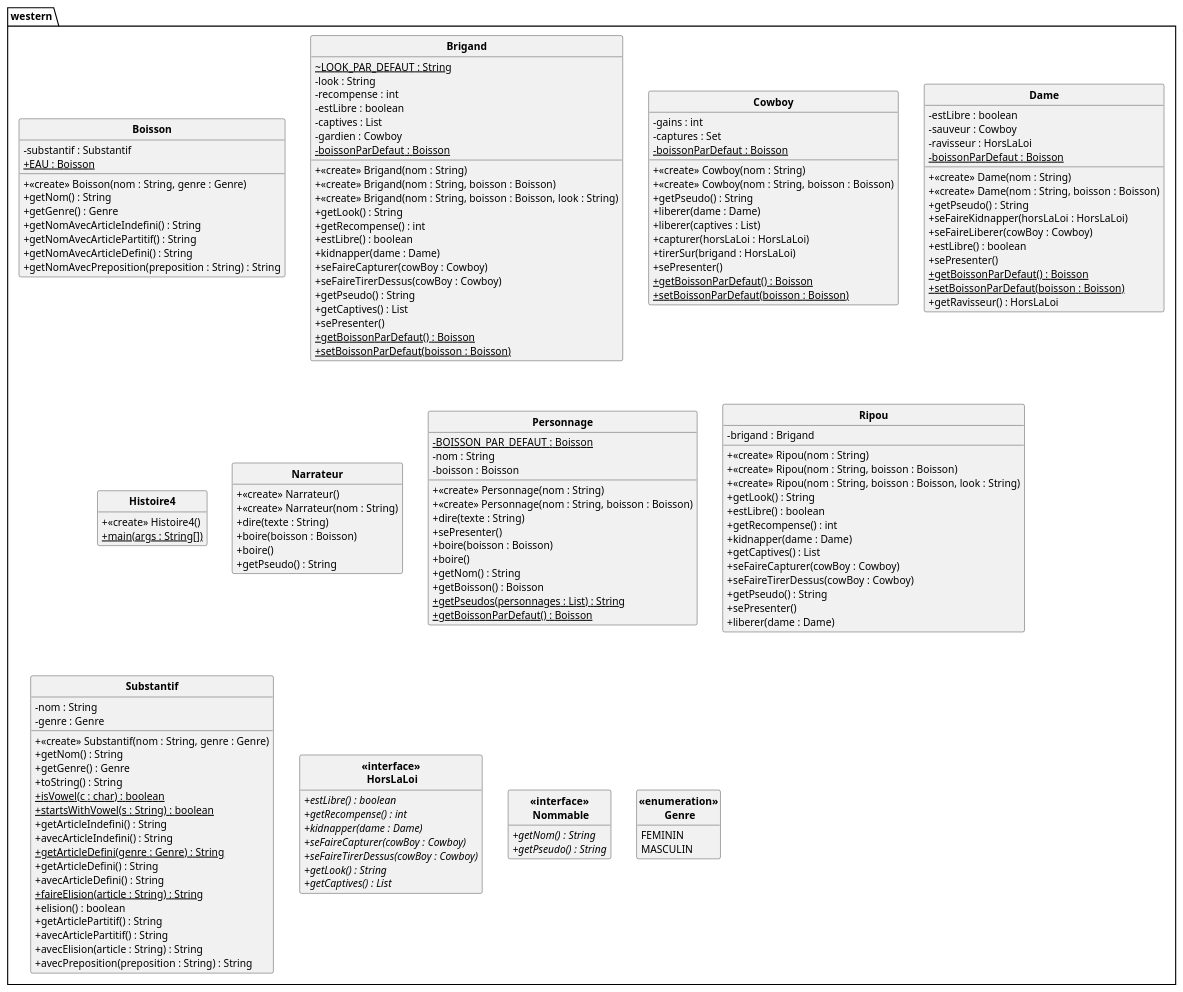
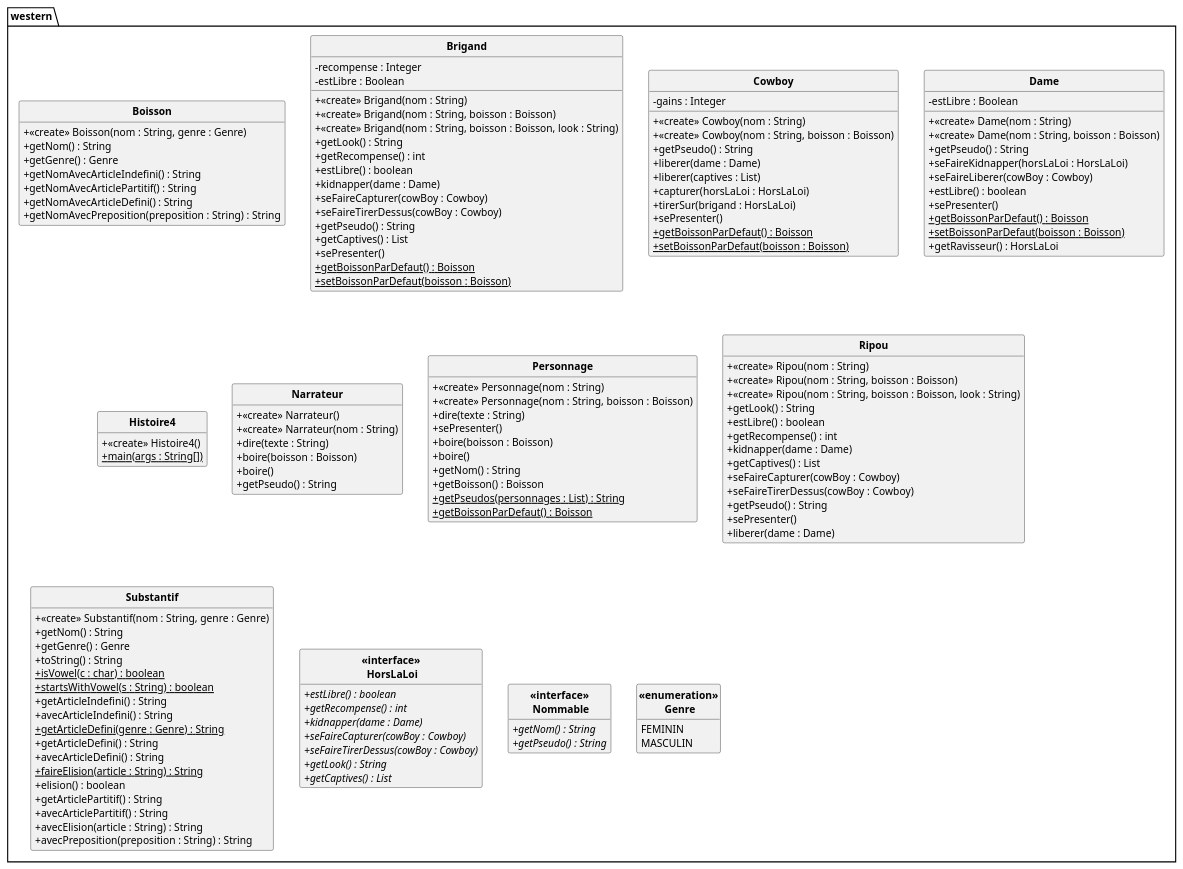
Before and after one commit to Lykomonix/API-JAVAtoPUML: the diagram in javadoc.puml, drawn with PlantUML. The commit also changed 5 other files, not shown here.

Commit message:
[+] Ajout des noms UML pour int et boolean

```diff
--- a/javadoc.puml
+++ b/javadoc.puml
@@ -1,183 +1,165 @@
 @startuml
 
 skinparam style strictuml
 skinparam classAttributeIconSize 0
 skinparam classFontStyle Bold
 hide empty members
 
 Package "western" {
 class Boisson
 {
-- substantif : Substantif
-+ {static} EAU : Boisson
 + <<create>> Boisson(nom : String, genre : Genre) 
 + getNom() : String
 + getGenre() : Genre
 + getNomAvecArticleIndefini() : String
 + getNomAvecArticlePartitif() : String
 + getNomAvecArticleDefini() : String
 + getNomAvecPreposition(preposition : String) : String
 }
 
 class Brigand
 {
-~ {static} LOOK_PAR_DEFAUT : String
-- look : String
-- recompense : int
-- estLibre : boolean
-- captives : List
-- gardien : Cowboy
-- {static} boissonParDefaut : Boisson
+- recompense : Integer
+- estLibre : Boolean
 + <<create>> Brigand(nom : String) 
 + <<create>> Brigand(nom : String, boisson : Boisson) 
 + <<create>> Brigand(nom : String, boisson : Boisson, look : String) 
 + getLook() : String
 + getRecompense() : int
 + estLibre() : boolean
 + kidnapper(dame : Dame) 
 + seFaireCapturer(cowBoy : Cowboy) 
 + seFaireTirerDessus(cowBoy : Cowboy) 
 + getPseudo() : String
 + getCaptives() : List
 + sePresenter() 
 + {static} getBoissonParDefaut() : Boisson
 + {static} setBoissonParDefaut(boisson : Boisson) 
 }
 
 class Cowboy
 {
-- gains : int
-- captures : Set
-- {static} boissonParDefaut : Boisson
+- gains : Integer
 + <<create>> Cowboy(nom : String) 
 + <<create>> Cowboy(nom : String, boisson : Boisson) 
 + getPseudo() : String
 + liberer(dame : Dame) 
 + liberer(captives : List) 
 + capturer(horsLaLoi : HorsLaLoi) 
 + tirerSur(brigand : HorsLaLoi) 
 + sePresenter() 
 + {static} getBoissonParDefaut() : Boisson
 + {static} setBoissonParDefaut(boisson : Boisson) 
 }
 
 class Dame
 {
-- estLibre : boolean
-- sauveur : Cowboy
-- ravisseur : HorsLaLoi
-- {static} boissonParDefaut : Boisson
+- estLibre : Boolean
 + <<create>> Dame(nom : String) 
 + <<create>> Dame(nom : String, boisson : Boisson) 
 + getPseudo() : String
 + seFaireKidnapper(horsLaLoi : HorsLaLoi) 
 + seFaireLiberer(cowBoy : Cowboy) 
 + estLibre() : boolean
 + sePresenter() 
 + {static} getBoissonParDefaut() : Boisson
 + {static} setBoissonParDefaut(boisson : Boisson) 
 + getRavisseur() : HorsLaLoi
 }
 
 class Histoire4
 {
 + <<create>> Histoire4() 
 + {static} main(args : String[]) 
 }
 
 class Narrateur
 {
 + <<create>> Narrateur() 
 + <<create>> Narrateur(nom : String) 
 + dire(texte : String) 
 + boire(boisson : Boisson) 
 + boire() 
 + getPseudo() : String
 }
 
 class Personnage
 {
-- {static} BOISSON_PAR_DEFAUT : Boisson
-- nom : String
-- boisson : Boisson
 + <<create>> Personnage(nom : String) 
 + <<create>> Personnage(nom : String, boisson : Boisson) 
 + dire(texte : String) 
 + sePresenter() 
 + boire(boisson : Boisson) 
 + boire() 
 + getNom() : String
 + getBoisson() : Boisson
 + {static} getPseudos(personnages : List) : String
 + {static} getBoissonParDefaut() : Boisson
 }
 
 class Ripou
 {
-- brigand : Brigand
 + <<create>> Ripou(nom : String) 
 + <<create>> Ripou(nom : String, boisson : Boisson) 
 + <<create>> Ripou(nom : String, boisson : Boisson, look : String) 
 + getLook() : String
 + estLibre() : boolean
 + getRecompense() : int
 + kidnapper(dame : Dame) 
 + getCaptives() : List
 + seFaireCapturer(cowBoy : Cowboy) 
 + seFaireTirerDessus(cowBoy : Cowboy) 
 + getPseudo() : String
 + sePresenter() 
 + liberer(dame : Dame) 
 }
 
 class Substantif
 {
-- nom : String
-- genre : Genre
 + <<create>> Substantif(nom : String, genre : Genre) 
 + getNom() : String
 + getGenre() : Genre
 + toString() : String
 + {static} isVowel(c : char) : boolean
 + {static} startsWithVowel(s : String) : boolean
 + getArticleIndefini() : String
 + avecArticleIndefini() : String
 + {static} getArticleDefini(genre : Genre) : String
 + getArticleDefini() : String
 + avecArticleDefini() : String
 + {static} faireElision(article : String) : String
 + elision() : boolean
 + getArticlePartitif() : String
 + avecArticlePartitif() : String
 + avecElision(article : String) : String
 + avecPreposition(preposition : String) : String
 }
 
 class "<<interface>>\n HorsLaLoi" as HorsLaLoi
 {
 + {abstract} estLibre() : boolean
 + {abstract} getRecompense() : int
 + {abstract} kidnapper(dame : Dame) 
 + {abstract} seFaireCapturer(cowBoy : Cowboy) 
 + {abstract} seFaireTirerDessus(cowBoy : Cowboy) 
 + {abstract} getLook() : String
 + {abstract} getCaptives() : List
 
 }
 
 class "<<interface>>\n Nommable" as Nommable
 {
 + {abstract} getNom() : String
 + {abstract} getPseudo() : String
 
 }
 
 class "<<enumeration>>\n Genre" as Genre
 {
 FEMININ
 MASCULIN
 }
 
 }
 
 @enduml
```
